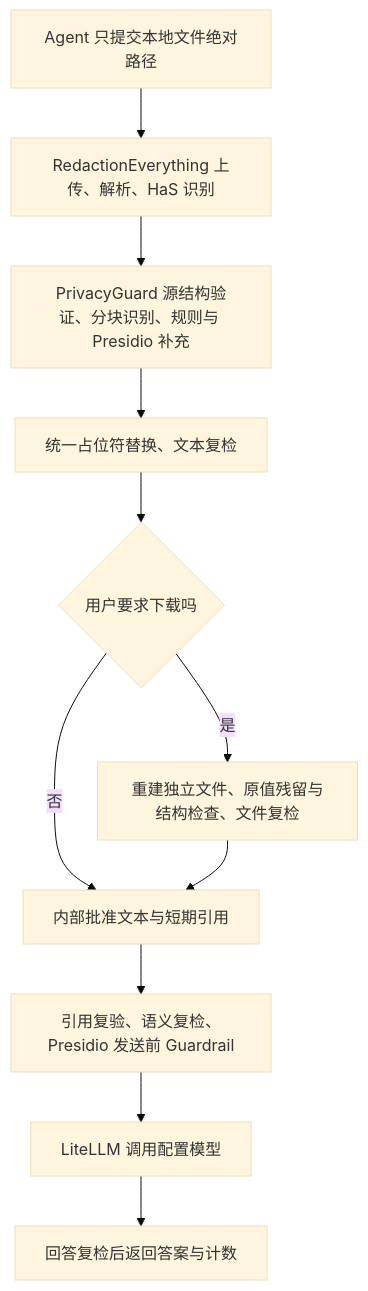
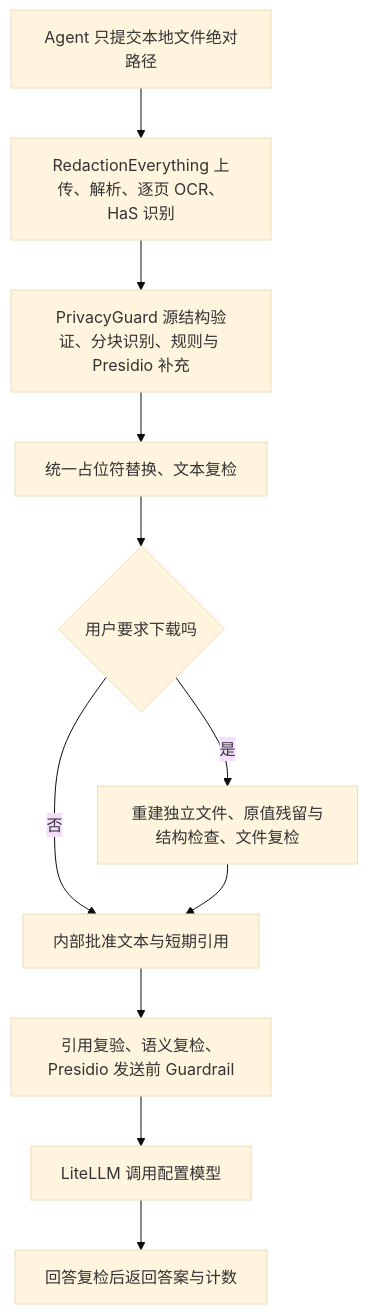
The diagram in docs/unified-pipeline-verification.md (bseazh/PrivacyGuard), drawn with Mermaid (base theme) before and after one commit. The commit also changed other lines of this file and 21 other files, not shown here.

````diff
--- a/docs/unified-pipeline-verification.md
+++ b/docs/unified-pipeline-verification.md
@@ -9,13 +9,13 @@
 ```mermaid
 flowchart TD
-    A[Agent 只提交本地文件绝对路径] --> B[RedactionEverything 上传、解析、HaS 识别]
+    A[Agent 只提交本地文件绝对路径] --> B[RedactionEverything 上传、解析、逐页 OCR、HaS 识别]
     B --> C[PrivacyGuard 源结构验证、分块识别、规则与 Presidio 补充]
     C --> D[统一占位符替换、文本复检]
     D --> E{用户要求下载吗}
     E -->|否| F[内部批准文本与短期引用]
     E -->|是| G[重建独立文件、原值残留与结构检查、文件复检]
     G --> F
     F --> H[引用复验、语义复检、Presidio 发送前 Guardrail]
     H --> I[LiteLLM 调用配置模型]
     I --> J[回答复检后返回答案与计数]
 ```
````
